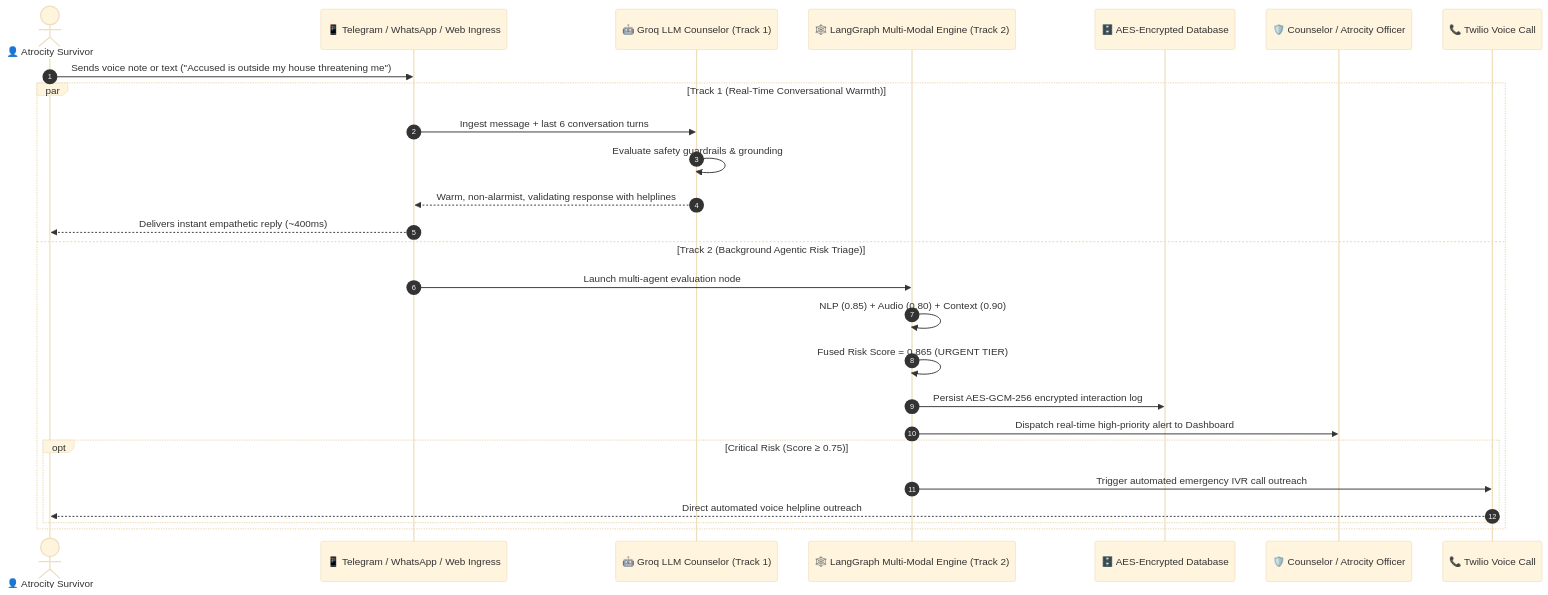
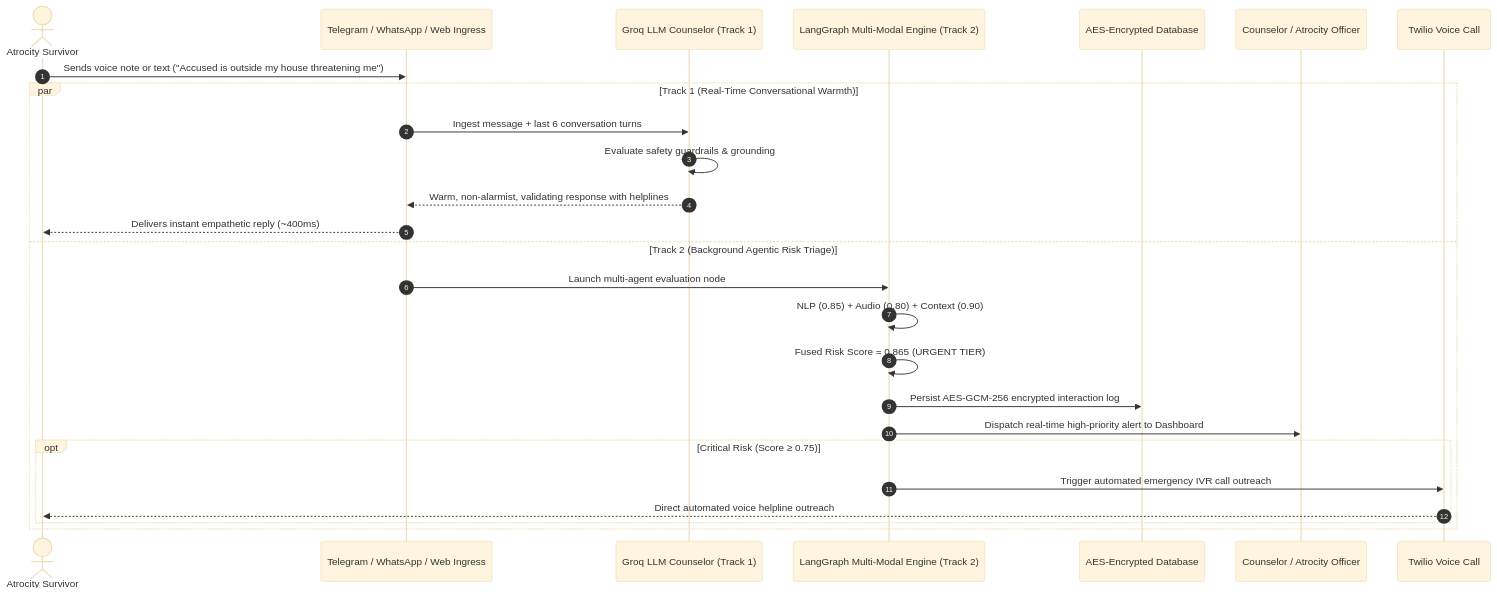
One commit to SIH-Developers/Nyaya-Sakhi changed the second of 3 diagrams in README.md. Above: the diagram before and after it, drawn with Mermaid (base theme). The commit also changed other lines of this file and 1 other file, not shown here.

````diff
--- a/README.md
+++ b/README.md
@@ -164,30 +164,30 @@
 ```mermaid
 sequenceDiagram
     autonumber
-    actor Victim as 👤 Atrocity Survivor
-    participant Bot as 📱 Telegram / WhatsApp / Web Ingress
-    participant Companion as 🤖 Groq LLM Counselor (Track 1)
-    participant Graph as 🕸️ LangGraph Multi-Modal Engine (Track 2)
-    participant DB as 🗄️ AES-Encrypted Database
-    participant Officer as 🛡️ Counselor / Atrocity Officer
-    participant Twilio as 📞 Twilio Voice Call
+    actor Victim as  Atrocity Survivor
+    participant Bot as  Telegram / WhatsApp / Web Ingress
+    participant Companion as  Groq LLM Counselor (Track 1)
+    participant Graph as  LangGraph Multi-Modal Engine (Track 2)
+    participant DB as  AES-Encrypted Database
+    participant Officer as  Counselor / Atrocity Officer
+    participant Twilio as  Twilio Voice Call
 
     Victim->>Bot: Sends voice note or text ("Accused is outside my house threatening me")
     
     par Track 1 (Real-Time Conversational Warmth)
         Bot->>Companion: Ingest message + last 6 conversation turns
         Companion->>Companion: Evaluate safety guardrails & grounding
         Companion-->>Bot: Warm, non-alarmist, validating response with helplines
         Bot-->>Victim: Delivers instant empathetic reply (~400ms)
     and Track 2 (Background Agentic Risk Triage)
         Bot->>Graph: Launch multi-agent evaluation node
         Graph->>Graph: NLP (0.85) + Audio (0.80) + Context (0.90)
         Graph->>Graph: Fused Risk Score = 0.865 (URGENT TIER)
         Graph->>DB: Persist AES-GCM-256 encrypted interaction log
         Graph->>Officer: Dispatch real-time high-priority alert to Dashboard
         opt Critical Risk (Score ≥ 0.75)
             Graph->>Twilio: Trigger automated emergency IVR call outreach
             Twilio-->>Victim: Direct automated voice helpline outreach
         end
     end
 ```
````
